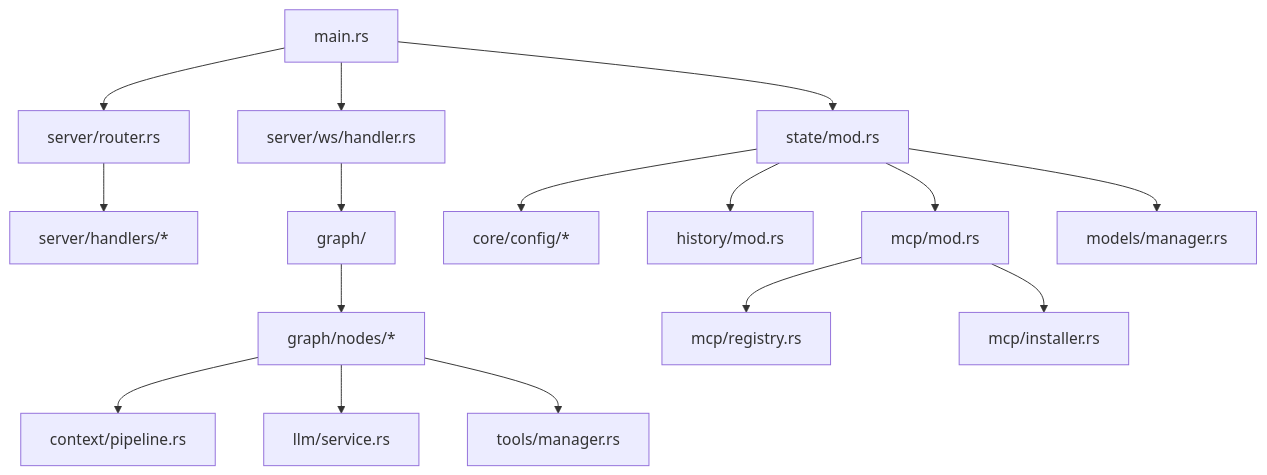
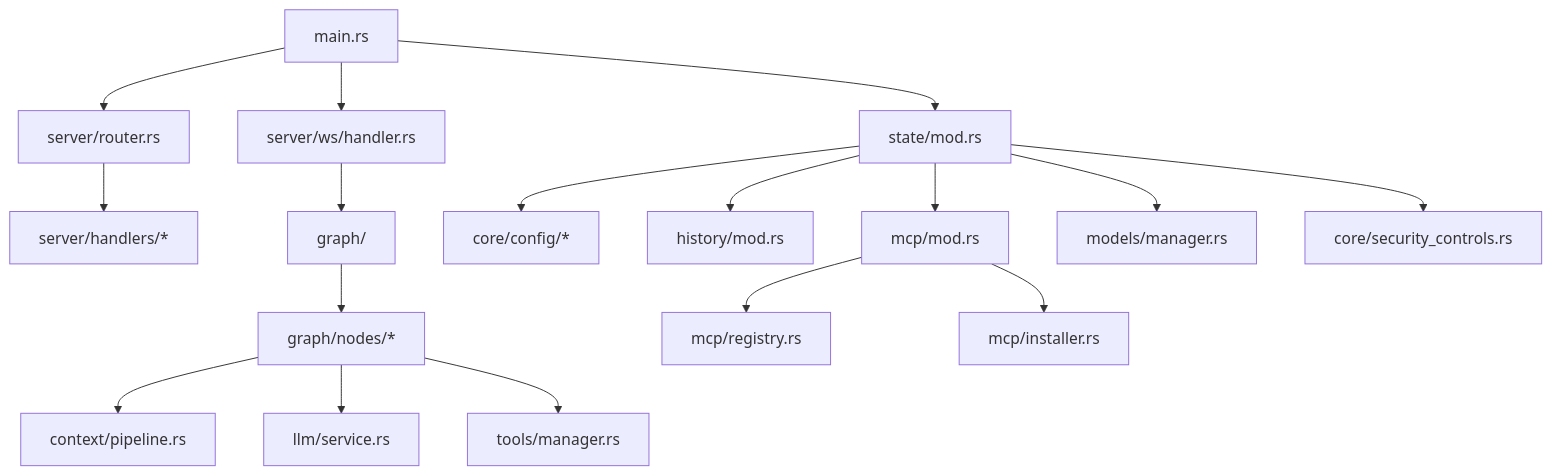
Before and after one commit to coco4atJP/Tepora-alpha: the second of 10 diagrams in docs/architecture/ARCHITECTURE.md, drawn with Mermaid. The commit also changed other lines of this file and 2 other files, not shown here.

First line of the commit message:
docs: Update architecture documentation to reflect current state

````diff
--- a/docs/architecture/ARCHITECTURE.md
+++ b/docs/architecture/ARCHITECTURE.md
@@ -94,22 +94,23 @@
 ```mermaid
 graph TD
     Main[main.rs] --> Router[server/router.rs]
     Main --> WS[server/ws/handler.rs]
     Main --> State[state/mod.rs]
 
     Router --> Handlers[server/handlers/*]
     WS --> Graph[graph/]
 
     Graph --> Nodes[graph/nodes/*]
     Nodes --> Pipeline[context/pipeline.rs]
     Nodes --> LLM[llm/service.rs]
     Nodes --> Tools[tools/manager.rs]
 
     State --> Config[core/config/*]
     State --> History[history/mod.rs]
     State --> MCP[mcp/mod.rs]
     State --> Models[models/manager.rs]
+    State --> Security[core/security_controls.rs]
 
     MCP --> McpRegistry[mcp/registry.rs]
     MCP --> McpInstaller[mcp/installer.rs]
 ```
````
